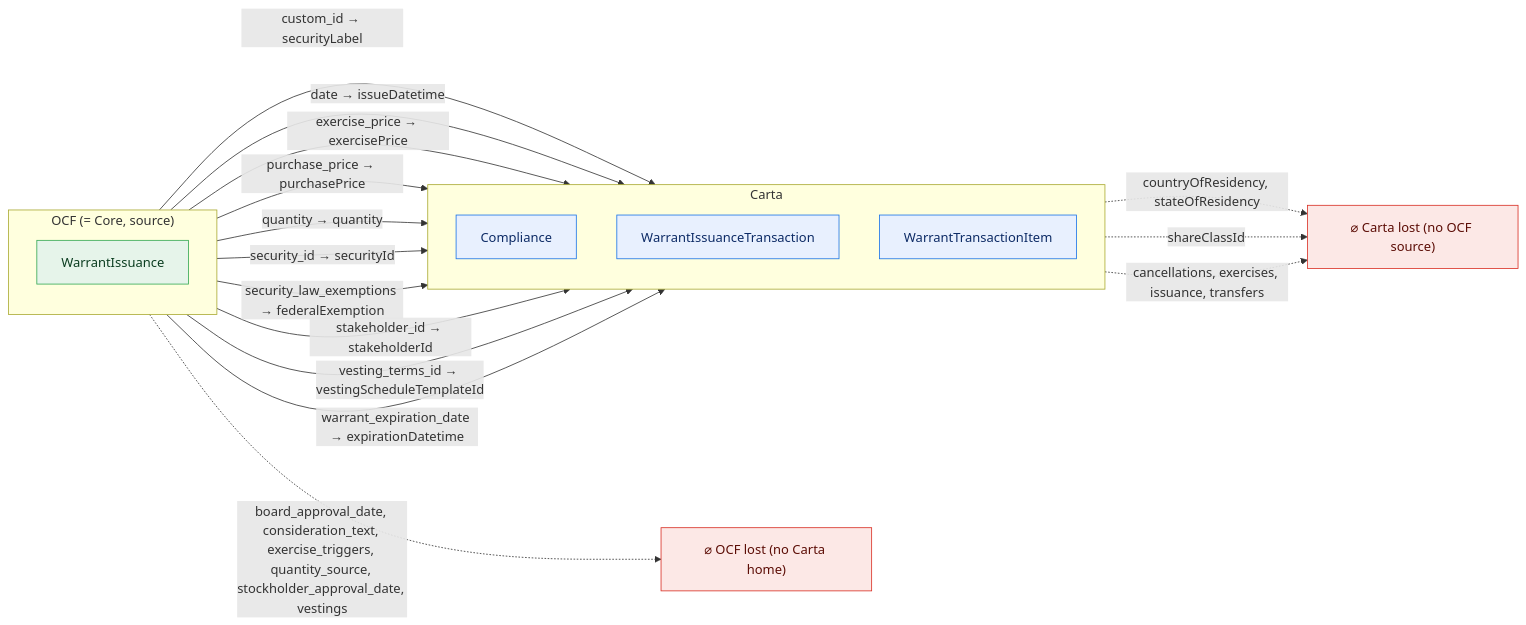
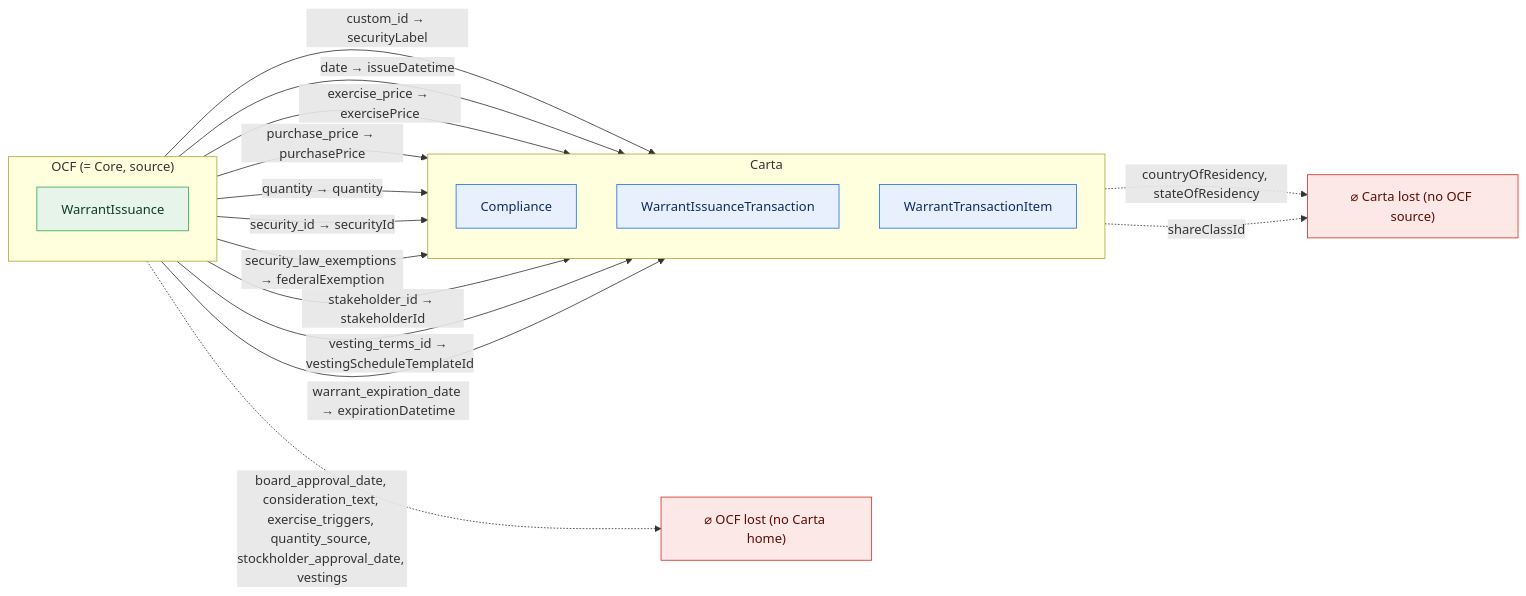
One commit to Open-Cap-Table-Coalition/OCF-Composed-Schemas changed the seventh of 47 diagrams in docs/core-bidirectional-flow.md. Above: the diagram before and after it, drawn with Mermaid. The commit also changed other lines of this file and 18 other files, not shown here.

````diff
--- a/docs/core-bidirectional-flow.md
+++ b/docs/core-bidirectional-flow.md
@@ -346,33 +349,32 @@
 ```mermaid
 flowchart LR
   classDef adm fill:#e6f4ea,stroke:#34a853,color:#0b3d20;
   classDef notadm fill:#f1f3f4,stroke:#9aa0a6,color:#5f6368,stroke-dasharray:4 3;
   classDef carta fill:#e8f0fe,stroke:#1a73e8,color:#0d2b66;
   classDef lost fill:#fce8e6,stroke:#d93025,color:#5c0d06;
   subgraph SRC["OCF (= Core, source)"]
     direction TB
     o0["WarrantIssuance"]:::adm
   end
   subgraph TGT["Carta"]
     direction TB
     t0["Compliance"]:::carta
     t1["WarrantIssuanceTransaction"]:::carta
     t2["WarrantTransactionItem"]:::carta
   end
   ocflost["⌀ OCF lost (no Carta home)"]:::lost
   cartalost["⌀ Carta lost (no OCF source)"]:::lost
   o0 -->|"custom_id → securityLabel"| t2
   o0 -->|"date → issueDatetime"| t1
   o0 -->|"exercise_price → exercisePrice"| t1
   o0 -->|"purchase_price → purchasePrice"| t1
   o0 -->|"quantity → quantity"| t1
   o0 -->|"security_id → securityId"| t2
   o0 -->|"security_law_exemptions → federalExemption"| t0
   o0 -->|"stakeholder_id → stakeholderId"| t2
   o0 -->|"vesting_terms_id → vestingScheduleTemplateId"| t1
   o0 -->|"warrant_expiration_date → expirationDatetime"| t1
   o0 -.->|"board_approval_date, consideration_text, exercise_triggers, quantity_source, stockholder_approval_date, vestings"| ocflost
   t0 -.->|"countryOfResidency, stateOfResidency"| cartalost
   t1 -.->|"shareClassId"| cartalost
-  t2 -.->|"cancellations, exercises, issuance, transfers"| cartalost
 ```
````
